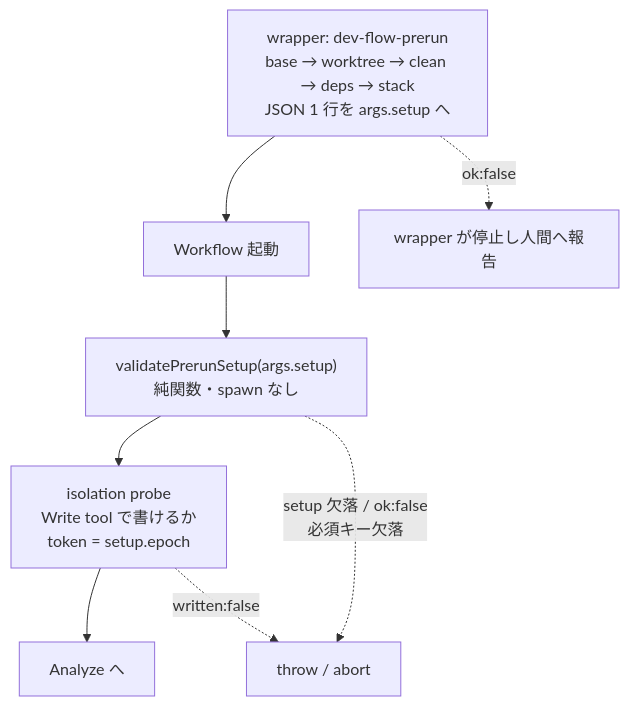
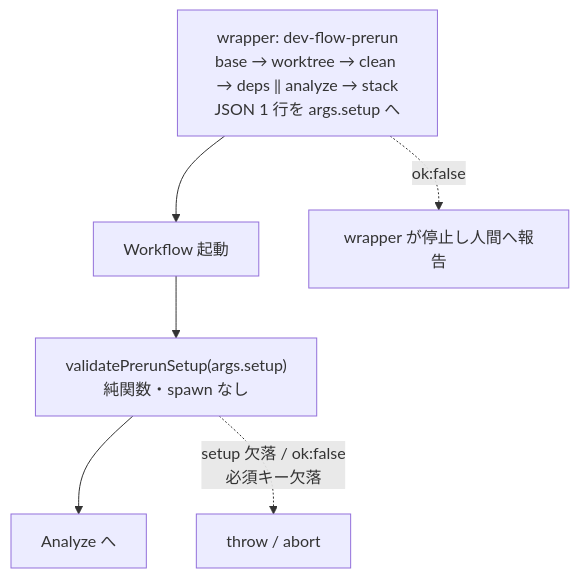
The second of 13 diagrams in docs/dev-flow-atlas.md (it-all-playpark/skills), drawn with Mermaid before and after one commit. The commit also changed other lines of this file and 60 other files, not shown here.

Commit message:
refactor(dev-flow): Analyze を prerun の script 段（analyze-issue --contract + Jev 有界判定）へ移して deps install と並列化し、LLM 転写と捏造防止 probe 群（通常経路 spawn 2〜4 → 0）を撤去する (#690) (#692)

````diff
--- a/docs/dev-flow-atlas.md
+++ b/docs/dev-flow-atlas.md
@@ -68,11 +69,9 @@
 ```mermaid
 flowchart TD
-    PR["wrapper: dev-flow-prerun<br/>base → worktree → clean → deps → stack<br/>JSON 1 行を args.setup へ"] --> IN["Workflow 起動"]
+    PR["wrapper: dev-flow-prerun<br/>base → worktree → clean → deps ‖ analyze → stack<br/>JSON 1 行を args.setup へ"] --> IN["Workflow 起動"]
     IN --> S1["validatePrerunSetup(args.setup)<br/>純関数・spawn なし"]
-    S1 --> S5["isolation probe<br/>Write tool で書けるか<br/>token = setup.epoch"]
-    S5 --> OUT["Analyze へ"]
+    S1 --> OUT["Analyze へ"]
 
     PR -.->|"ok:false"| STOP["wrapper が停止し人間へ報告"]
     S1 -.->|"setup 欠落 / ok:false<br/>必須キー欠落"| AB["throw / abort"]
-    S5 -.->|"written:false"| AB
 ```
````
